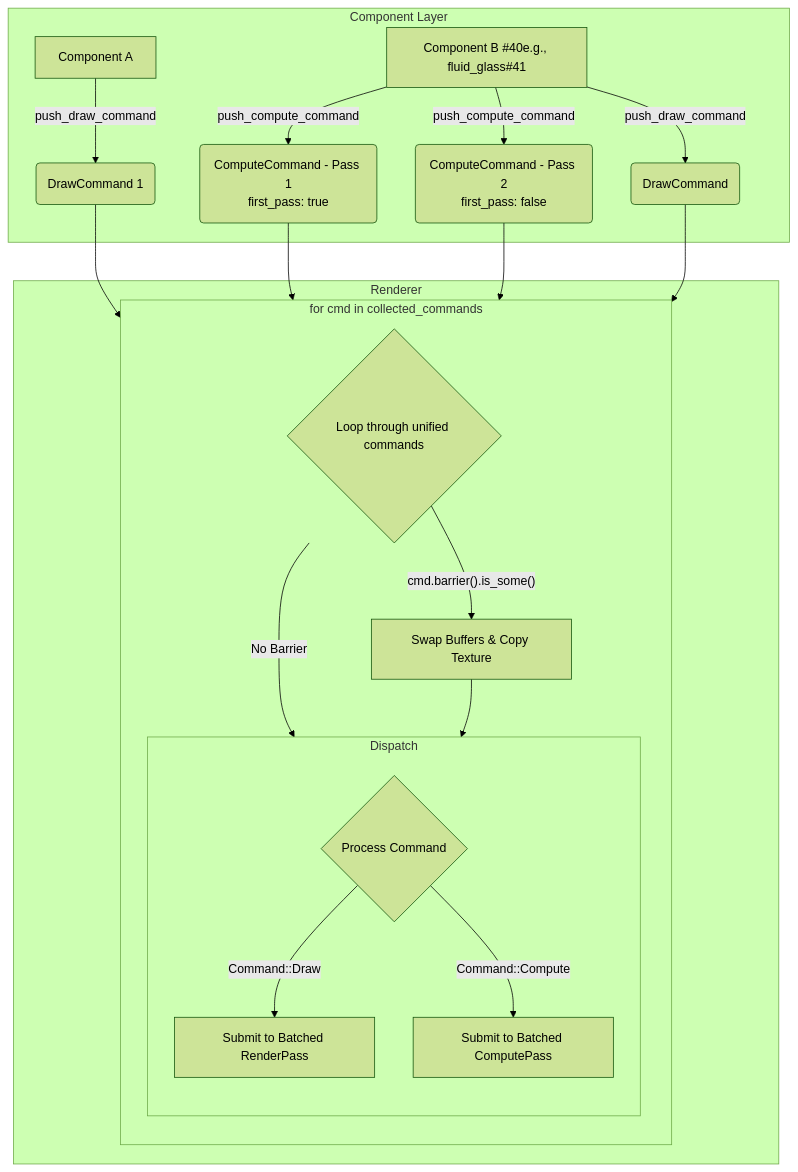
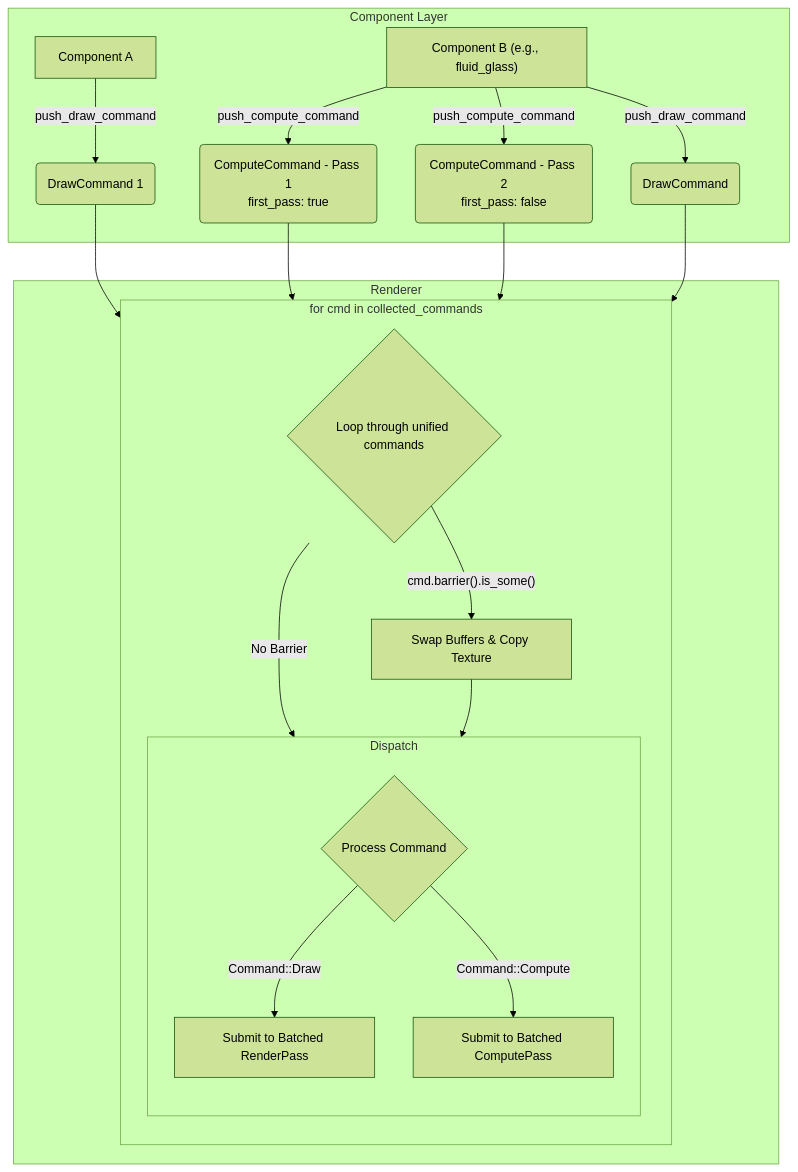
Before and after one commit to shadow3aaa/blog: the second of 2 diagrams in content/a-new-gpu-pass-organization-zh.md, drawn with Mermaid (forest theme).

Commit message:
修正图示中的格式错误，确保组件 B 的描述清晰可读

````diff
--- a/content/a-new-gpu-pass-organization-zh.md
+++ b/content/a-new-gpu-pass-organization-zh.md
@@ -114,30 +114,30 @@
 ```mermaid
 graph TD
     subgraph Component Layer
         A[Component A] -->|"push_draw_command"| C(DrawCommand 1);
-        B[Component B #40e.g., fluid_glass#41] -->|"push_compute_command"| D(ComputeCommand - Pass 1<br>first_pass: true);
+        B[Component B #40;e.g., fluid_glass#41;] -->|"push_compute_command"| D(ComputeCommand - Pass 1<br>first_pass: true);
         B -->|"push_compute_command"| E(ComputeCommand - Pass 2<br>first_pass: false);
         B -->|"push_draw_command"| F(DrawCommand);
     end
 
     subgraph Renderer
         subgraph "for cmd in collected_commands"
             direction TB
             G{Loop through unified commands};
             G -- "cmd.barrier().is_some()" --> H[Swap Buffers & Copy Texture];
             G -- "No Barrier" --> I{Process Command};
             H --> I;
 
             subgraph "Dispatch"
                 direction TB
                 I -- "Command::Draw" --> J[Submit to Batched RenderPass];
                 I -- "Command::Compute" --> K[Submit to Batched ComputePass];
             end
         end
     end
 
     C --> G;
     D --> G;
     E --> G;
     F --> G;
 ```
````
